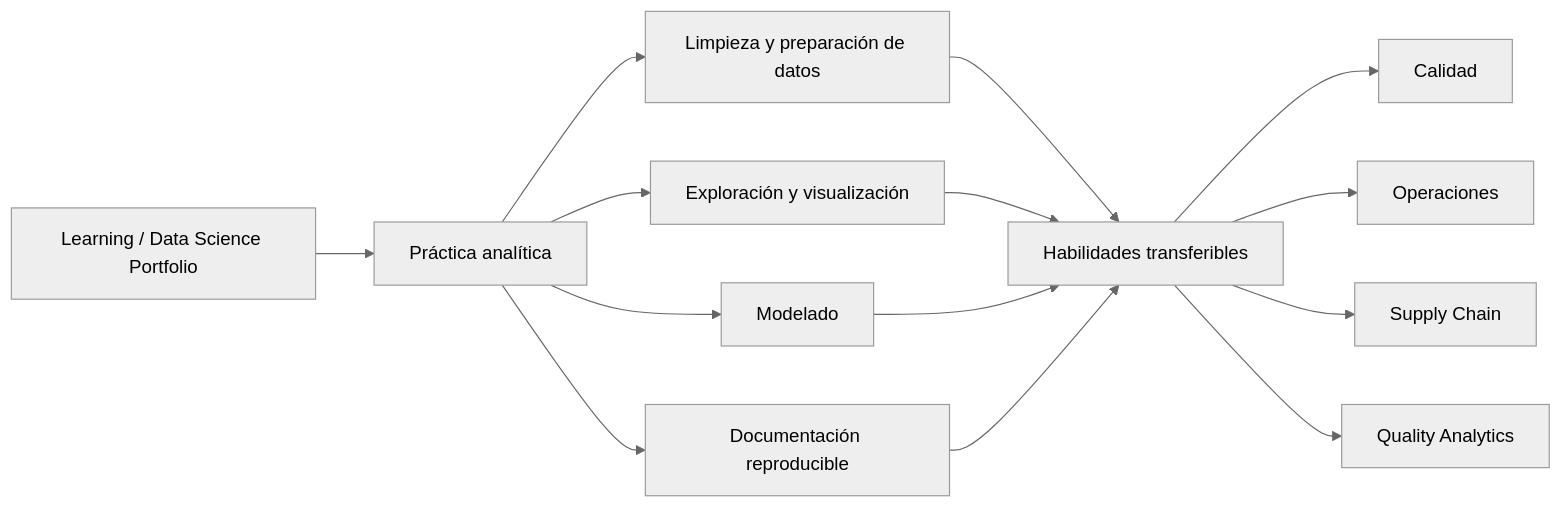
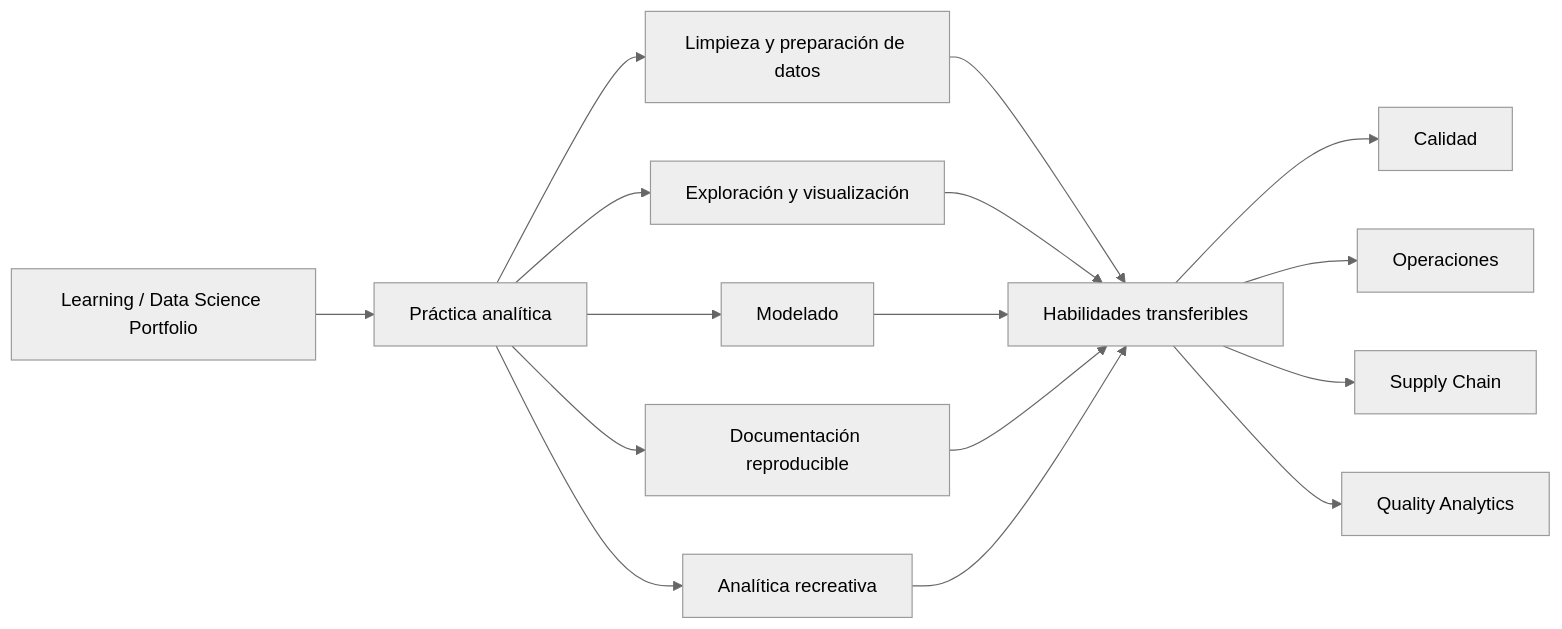
Before and after one commit to fjgonzalezmgt/Learning-Data-Science-Portfolio: the first of 2 diagrams in README.md, drawn with Mermaid (neutral theme). The commit also changed other lines of this file, not shown here.

Commit message:
Add recreational analytics projects to learning portfolio README

````diff
--- a/README.md
+++ b/README.md
@@ -13,18 +13,20 @@
 ```mermaid
 flowchart LR
     A[Learning / Data Science Portfolio] --> B[Práctica analítica]
     B --> C[Limpieza y preparación de datos]
     B --> D[Exploración y visualización]
     B --> E[Modelado]
     B --> F[Documentación reproducible]
+    B --> G[Analítica recreativa]
 
-    C --> G[Habilidades transferibles]
-    D --> G
-    E --> G
-    F --> G
+    C --> H[Habilidades transferibles]
+    D --> H
+    E --> H
+    F --> H
+    G --> H
 
-    G --> H[Calidad]
-    G --> I[Operaciones]
-    G --> J[Supply Chain]
-    G --> K[Quality Analytics]
+    H --> I[Calidad]
+    H --> J[Operaciones]
+    H --> K[Supply Chain]
+    H --> L[Quality Analytics]
 ```
````
